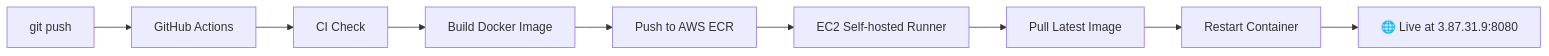
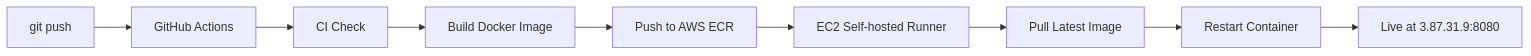
The second of 3 diagrams in README.md (VinaySampath14/vehicle_insurance_mlops), drawn with Mermaid before and after one commit. The commit also changed other lines of this file, not shown here.

````diff
--- a/README.md
+++ b/README.md
@@ -50,11 +50,11 @@
 ```mermaid
 flowchart LR
     A[git push] --> B[GitHub Actions]
     B --> C[CI Check]
     C --> D[Build Docker Image]
     D --> E[Push to AWS ECR]
     E --> F[EC2 Self-hosted Runner]
     F --> G[Pull Latest Image]
     G --> H[Restart Container]
-    H --> I[🌐 Live at 3.87.31.9:8080]
+    H --> I[Live at 3.87.31.9:8080]
 ```
````
